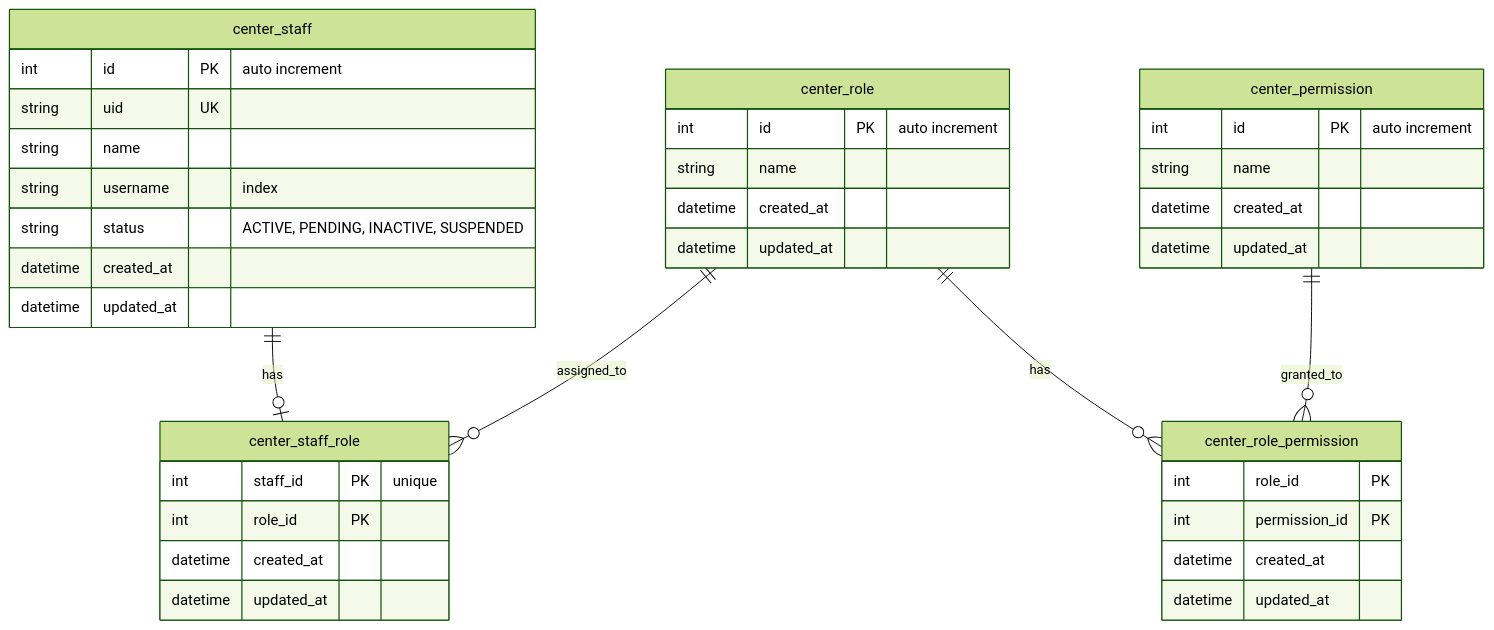
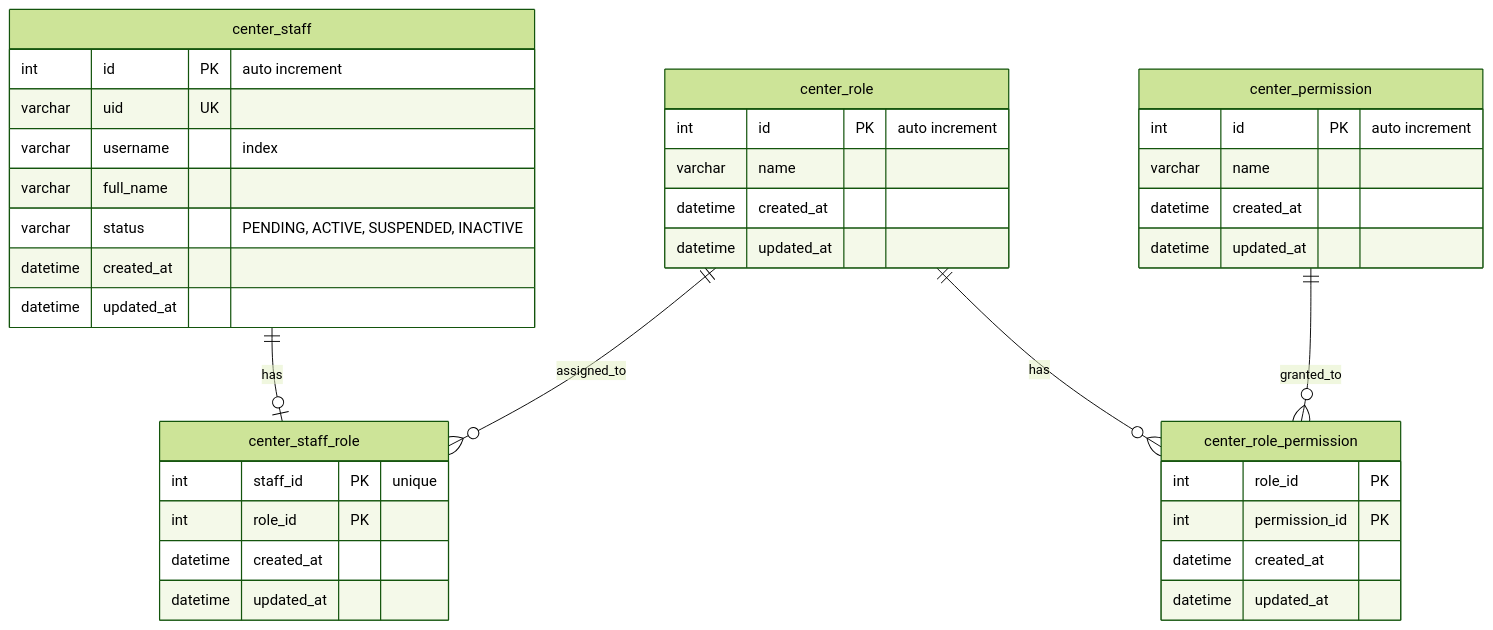
Before and after one commit to apisit110/pos-center: the diagram in docs/portal/erdiagram/staff-management.md, drawn with Mermaid (forest theme). The commit also changed 4 other files, not shown here.

Commit message:
feat: update README and ER diagrams for merchant and staff management, and refine pin structure

````diff
--- a/docs/portal/erdiagram/staff-management.md
+++ b/docs/portal/erdiagram/staff-management.md
@@ -1,45 +1,45 @@
 ```mermaid
 erDiagram
-    center_staff ||--o| center_staff_role : has
-    center_role ||--o{ center_staff_role : assigned_to
-    center_role ||--o{ center_role_permission : has
-    center_permission ||--o{ center_role_permission : granted_to
+  center_staff ||--o| center_staff_role : has
+  center_role ||--o{ center_staff_role : assigned_to
+  center_role ||--o{ center_role_permission : has
+  center_permission ||--o{ center_role_permission : granted_to
 
-    center_staff {
-        int id PK "auto increment"
-        string uid UK
-        string name
-        string username "index"
-        string status "ACTIVE, PENDING, INACTIVE, SUSPENDED"
-        datetime created_at
-        datetime updated_at
-    }
+  center_staff {
+    int id PK "auto increment"
+    varchar uid UK
+    varchar username "index"
+    varchar full_name
+    varchar status "PENDING, ACTIVE, SUSPENDED, INACTIVE"
+    datetime created_at
+    datetime updated_at
+  }
 
-    center_role {
-        int id PK "auto increment"
-        string name
-        datetime created_at
-        datetime updated_at
-    }
+  center_role {
+    int id PK "auto increment"
+    varchar name
+    datetime created_at
+    datetime updated_at
+  }
 
-    center_permission {
-        int id PK "auto increment"
-        string name
-        datetime created_at
-        datetime updated_at
-    }
+  center_staff_role {
+    int staff_id PK "unique"
+    int role_id PK
+    datetime created_at
+    datetime updated_at
+  }
 
-    center_staff_role {
-        int staff_id PK "unique"
-        int role_id PK
-        datetime created_at
-        datetime updated_at
-    }
+  center_permission {
+    int id PK "auto increment"
+    varchar name
+    datetime created_at
+    datetime updated_at
+  }
 
-    center_role_permission {
-        int role_id PK
-        int permission_id PK
-        datetime created_at
-        datetime updated_at
-    }
+  center_role_permission {
+    int role_id PK
+    int permission_id PK
+    datetime created_at
+    datetime updated_at
+  }
 ```
````
